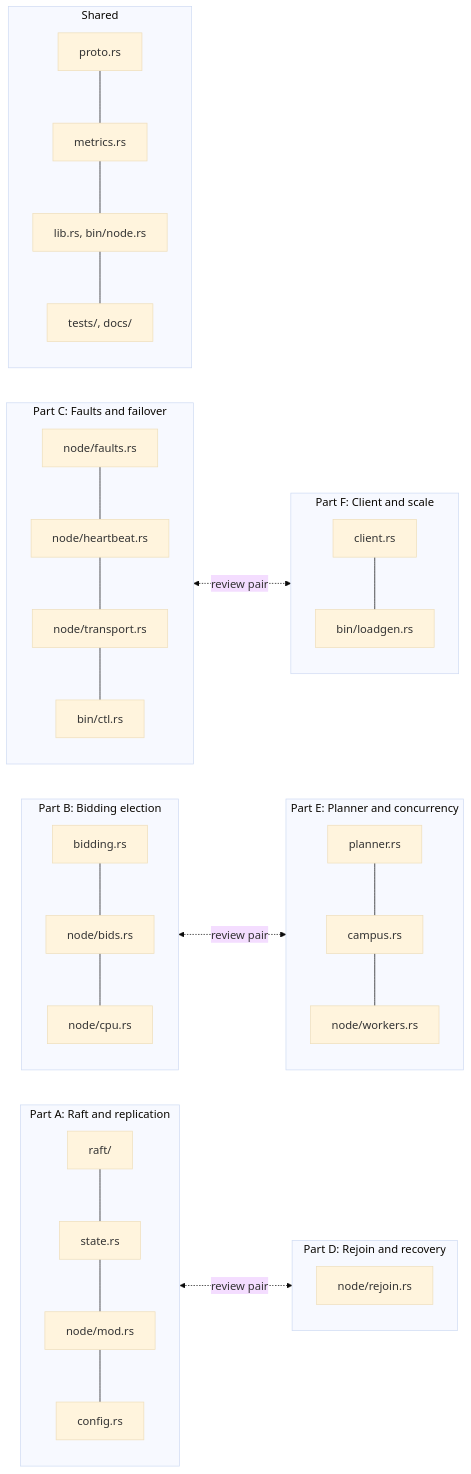
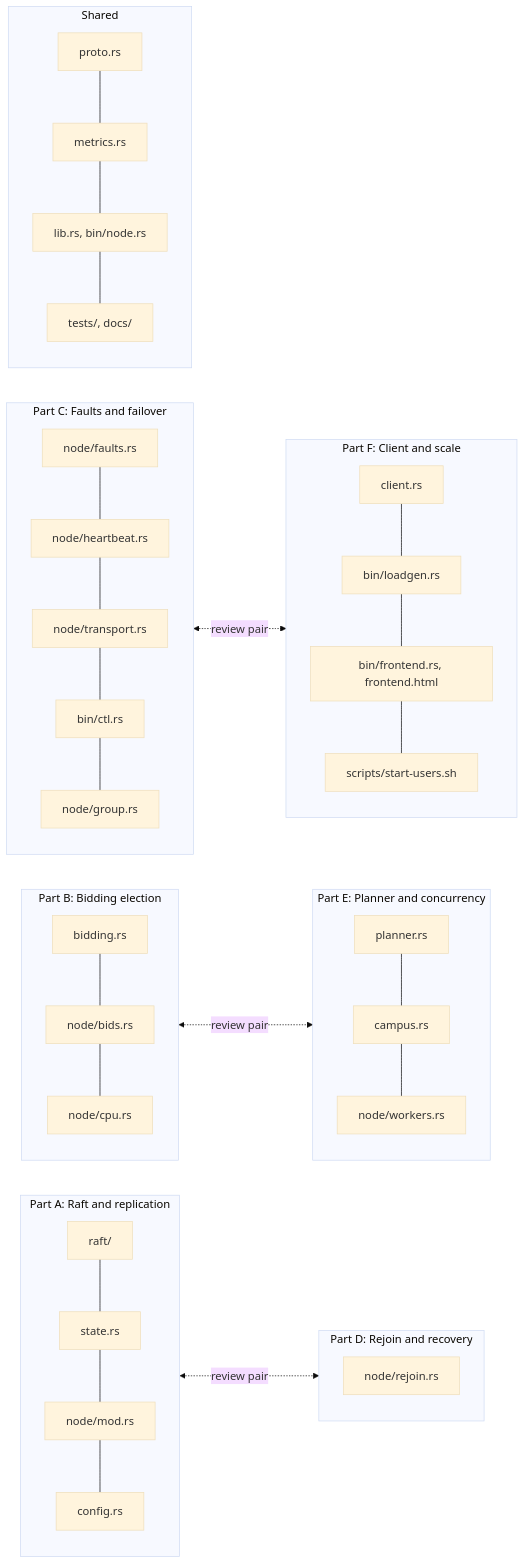
The fifth of 43 diagrams in docs/architecture.md (noortaytoy1/DistributedSystems), drawn with Mermaid (base theme) before and after one commit. The commit also changed other lines of this file and 7 other files, not shown here.

````diff
--- a/docs/architecture.md
+++ b/docs/architecture.md
@@ -230,27 +315,27 @@
 ```mermaid
 flowchart LR
     subgraph A["Part A: Raft and replication"]
         A1["raft/"] --- A2["state.rs"] --- A3["node/mod.rs"] --- A4["config.rs"]
     end
     subgraph B["Part B: Bidding election"]
         B1["bidding.rs"] --- B2["node/bids.rs"] --- B3["node/cpu.rs"]
     end
     subgraph C["Part C: Faults and failover"]
-        C1["node/faults.rs"] --- C2["node/heartbeat.rs"] --- C3["node/transport.rs"] --- C4["bin/ctl.rs"]
+        C1["node/faults.rs"] --- C2["node/heartbeat.rs"] --- C3["node/transport.rs"] --- C4["bin/ctl.rs"] --- C5["node/group.rs"]
     end
     subgraph D["Part D: Rejoin and recovery"]
         D1["node/rejoin.rs"]
     end
     subgraph E["Part E: Planner and concurrency"]
         E1["planner.rs"] --- E2["campus.rs"] --- E3["node/workers.rs"]
     end
     subgraph F["Part F: Client and scale"]
-        F1["client.rs"] --- F2["bin/loadgen.rs"]
+        F1["client.rs"] --- F2["bin/loadgen.rs"] --- F3["bin/frontend.rs, frontend.html"] --- F4["scripts/start-users.sh"]
     end
     subgraph S["Shared"]
         S1["proto.rs"] --- S2["metrics.rs"] --- S3["lib.rs, bin/node.rs"] --- S4["tests/, docs/"]
     end
-    A <-.->|review pair| D
-    B <-.->|review pair| E
-    C <-.->|review pair| F
+    A <-.->|"review pair"| D
+    B <-.->|"review pair"| E
+    C <-.->|"review pair"| F
 ```
````
